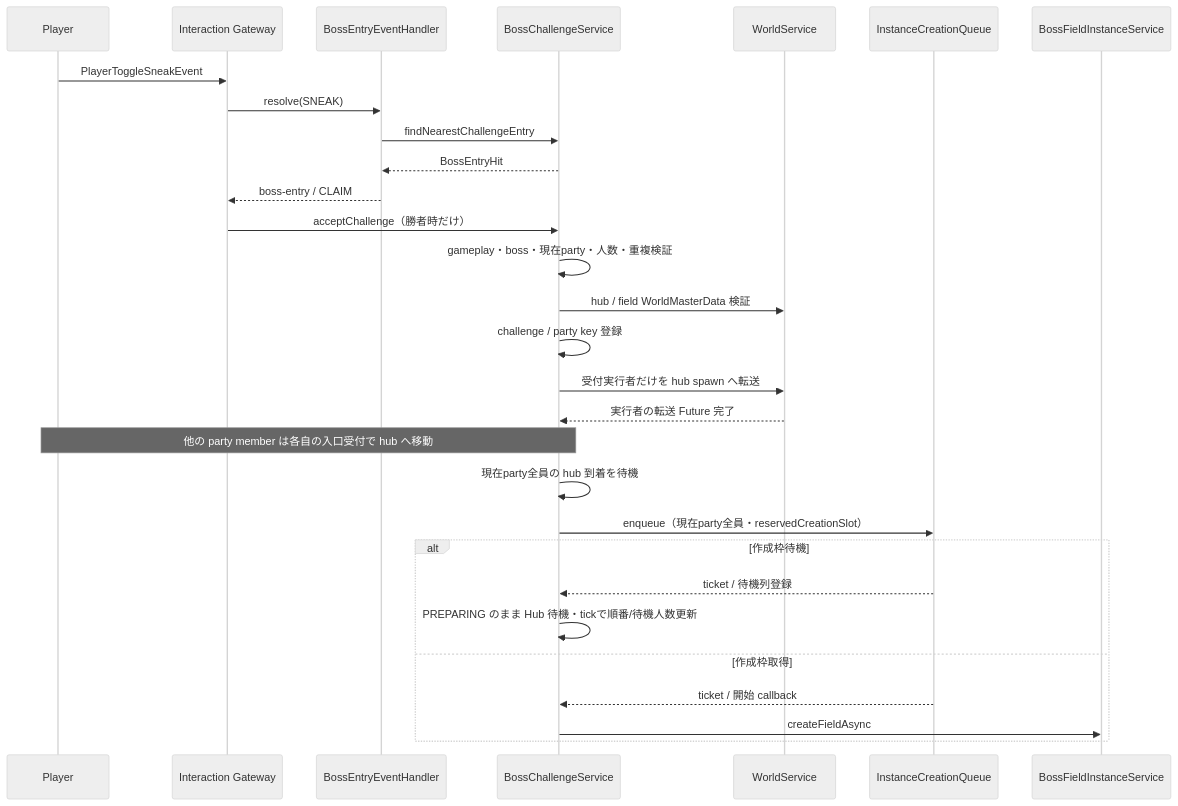
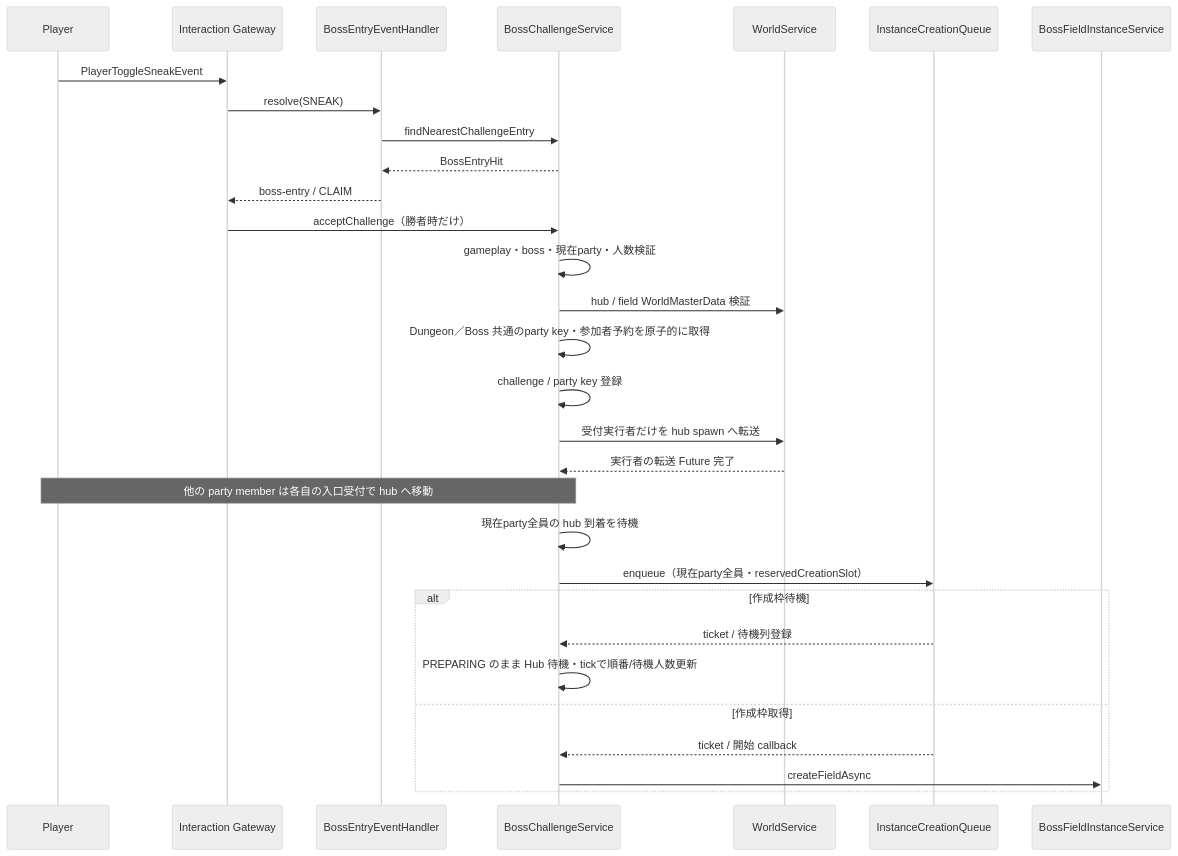
The first of 6 diagrams in 00_docs/10_Plugin設計書/feature/26-boss/26_4-統合フロー.md (maaasu/AstralRecord-Workspace), drawn with Mermaid (neutral theme) before and after one commit. The commit also changed other lines of this file and 22 other files, not shown here.

````diff
--- a/00_docs/10_Plugin設計書/feature/26-boss/26_4-統合フロー.md
+++ b/00_docs/10_Plugin設計書/feature/26-boss/26_4-統合フロー.md
@@ -7,32 +7,33 @@
 ```mermaid
 sequenceDiagram
     participant P as Player
     participant G as Interaction Gateway
     participant E as BossEntryEventHandler
     participant B as BossChallengeService
     participant W as WorldService
     participant Q as InstanceCreationQueue
     participant F as BossFieldInstanceService
 
     P->>G: PlayerToggleSneakEvent
     G->>E: resolve(SNEAK)
     E->>B: findNearestChallengeEntry
     B-->>E: BossEntryHit
     E-->>G: boss-entry / CLAIM
     G->>B: acceptChallenge（勝者時だけ）
-    B->>B: gameplay・boss・現在party・人数・重複検証
+    B->>B: gameplay・boss・現在party・人数検証
     B->>W: hub / field WorldMasterData 検証
+    B->>B: Dungeon／Boss 共通のparty key・参加者予約を原子的に取得
     B->>B: challenge / party key 登録
     B->>W: 受付実行者だけを hub spawn へ転送
     W-->>B: 実行者の転送 Future 完了
     Note over P,B: 他の party member は各自の入口受付で hub へ移動
     B->>B: 現在party全員の hub 到着を待機
     B->>Q: enqueue（現在party全員・reservedCreationSlot）
     alt 作成枠待機
         Q-->>B: ticket / 待機列登録
         B->>B: PREPARING のまま Hub 待機・tickで順番/待機人数更新
     else 作成枠取得
         Q-->>B: ticket / 開始 callback
         B->>F: createFieldAsync
     end
 ```
````
